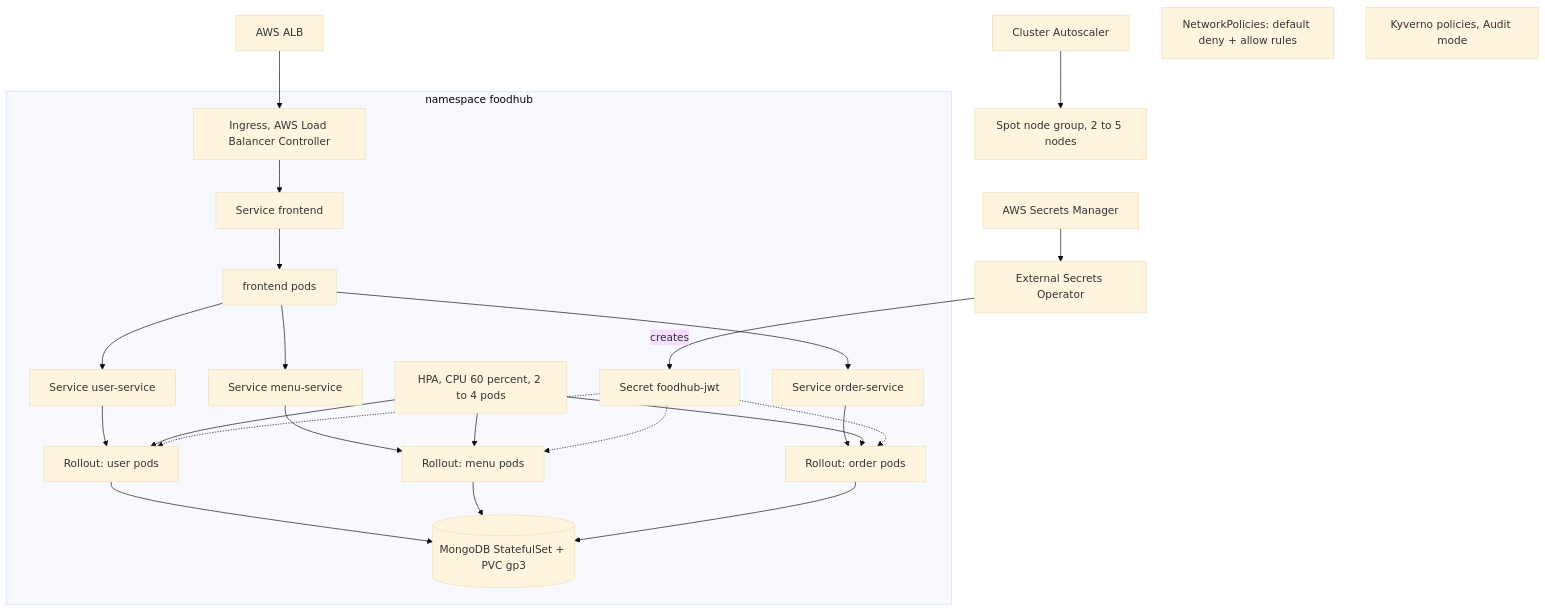
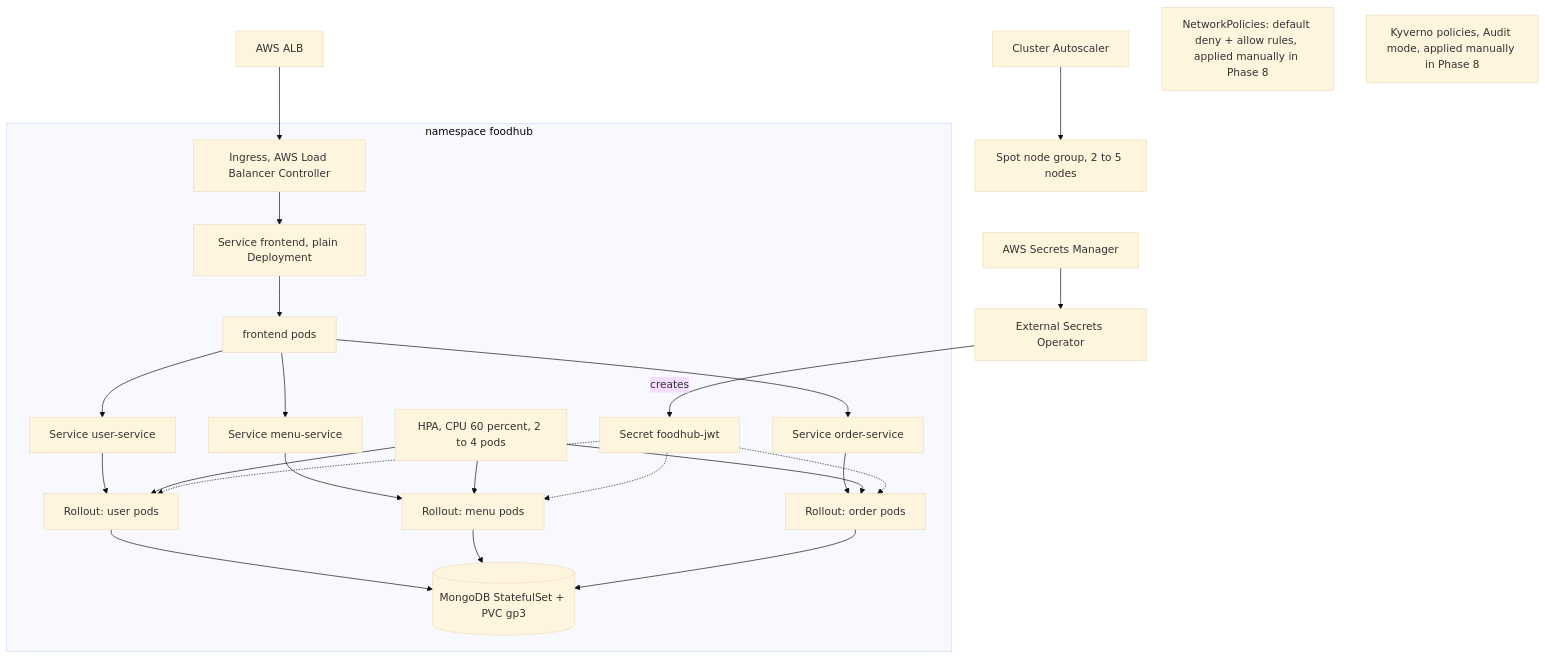
Before and after one commit to Althaf05/foodhub: the fourth of 5 diagrams in docs/architecture-aws.md, drawn with Mermaid (base theme). The commit also changed other lines of this file, not shown here.

Commit message:
docs: correct architecture diagrams

````diff
--- a/docs/architecture-aws.md
+++ b/docs/architecture-aws.md
@@ -87,28 +87,28 @@
 ```mermaid
 flowchart TB
   ALB[AWS ALB] --> ING[Ingress, AWS Load Balancer Controller]
   subgraph NS[namespace foodhub]
-    ING --> SVCF[Service frontend]
+    ING --> SVCF[Service frontend, plain Deployment]
     SVCF --> FEP[frontend pods]
     FEP --> SVCU[Service user-service]
     FEP --> SVCM[Service menu-service]
     FEP --> SVCO[Service order-service]
     SVCU --> RU[Rollout: user pods]
     SVCM --> RM[Rollout: menu pods]
     SVCO --> RO[Rollout: order pods]
     HPA[HPA, CPU 60 percent, 2 to 4 pods] --> RU
     HPA --> RM
     HPA --> RO
     RU --> MDB[(MongoDB StatefulSet + PVC gp3)]
     RM --> MDB
     RO --> MDB
     SEC[Secret foodhub-jwt] -.-> RU
     SEC -.-> RM
     SEC -.-> RO
   end
   ESO[External Secrets Operator] -->|creates| SEC
   SM[AWS Secrets Manager] --> ESO
   CA[Cluster Autoscaler] --> NG[Spot node group, 2 to 5 nodes]
-  NP[NetworkPolicies: default deny + allow rules]
-  KY[Kyverno policies, Audit mode]
+  NP[NetworkPolicies: default deny + allow rules, applied manually in Phase 8]
+  KY[Kyverno policies, Audit mode, applied manually in Phase 8]
 ```
````
